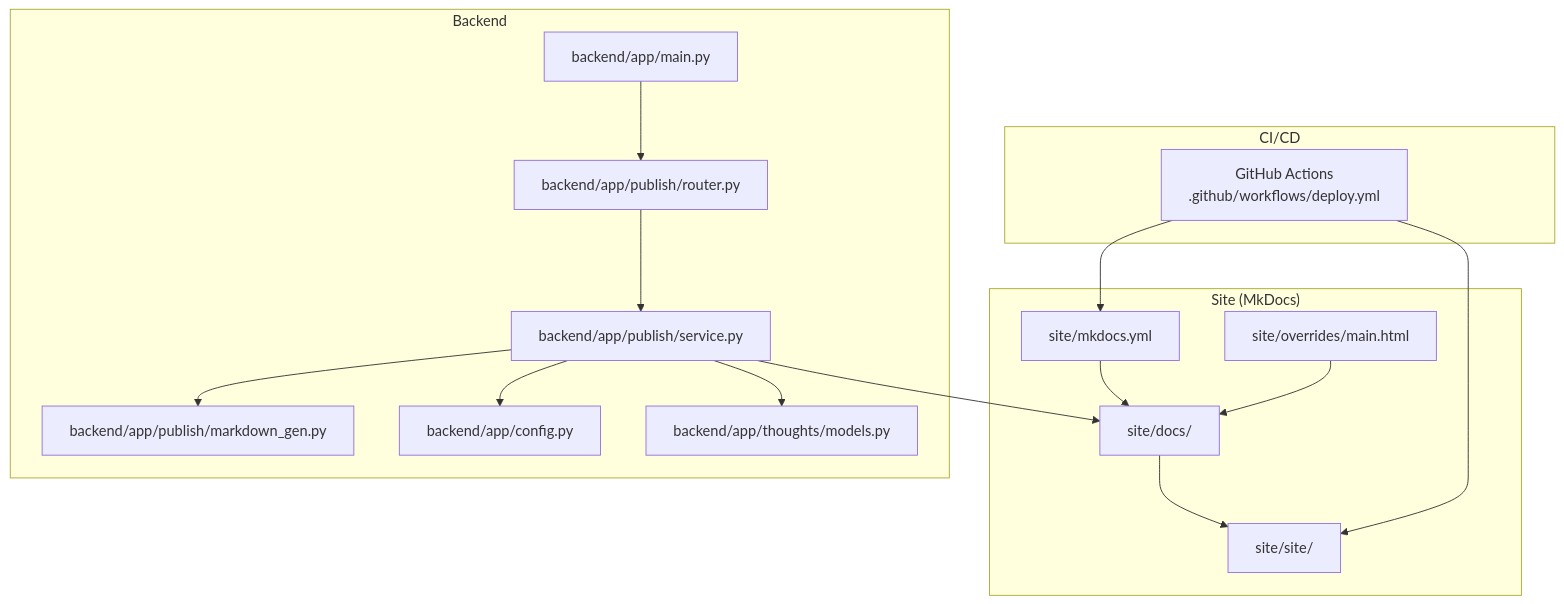
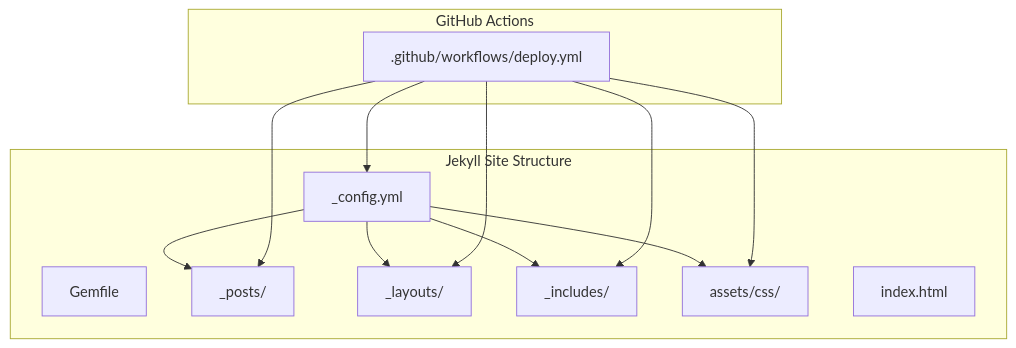
One commit to PolarisW007/PolaZhenJing changed the first of 3 diagrams in .qoder/repowiki/en/content/Static Site Generation.md. Above: the diagram before and after it, drawn with Mermaid. The commit also changed other lines of this file and 153 other files, not shown here.

````diff
--- a/.qoder/repowiki/en/content/Static Site Generation.md
+++ b/.qoder/repowiki/en/content/Static Site Generation.md
@@ -43,31 +52,24 @@
 ```mermaid
 graph TB
-subgraph "Site (MkDocs)"
-MK["site/mkdocs.yml"]
-OV["site/overrides/main.html"]
-DOCS["site/docs/"]
-OUT["site/site/"]
+subgraph "Jekyll Site Structure"
+CONF["_config.yml"]
+GEM["Gemfile"]
+POSTS["_posts/"]
+LAYOUTS["_layouts/"]
+INCLUDES["_includes/"]
+ASSETS["assets/css/"]
+INDEX["index.html"]
 end
-subgraph "Backend"
-MAIN["backend/app/main.py"]
-PUBR["backend/app/publish/router.py"]
-PUBS["backend/app/publish/service.py"]
-MDG["backend/app/publish/markdown_gen.py"]
-CFG["backend/app/config.py"]
-THM["backend/app/thoughts/models.py"]
+subgraph "GitHub Actions"
+WF[".github/workflows/deploy.yml"]
 end
-subgraph "CI/CD"
-WF["GitHub Actions<br/>.github/workflows/deploy.yml"]
-end
-MAIN --> PUBR
-PUBR --> PUBS
-PUBS --> MDG
-PUBS --> CFG
-PUBS --> THM
-PUBS --> DOCS
-MK --> DOCS
-OV --> DOCS
-DOCS --> OUT
-WF --> MK
-WF --> OUT
+CONF --> POSTS
+CONF --> LAYOUTS
+CONF --> INCLUDES
+CONF --> ASSETS
+WF --> CONF
+WF --> POSTS
+WF --> LAYOUTS
+WF --> INCLUDES
+WF --> ASSETS
 ```
````
